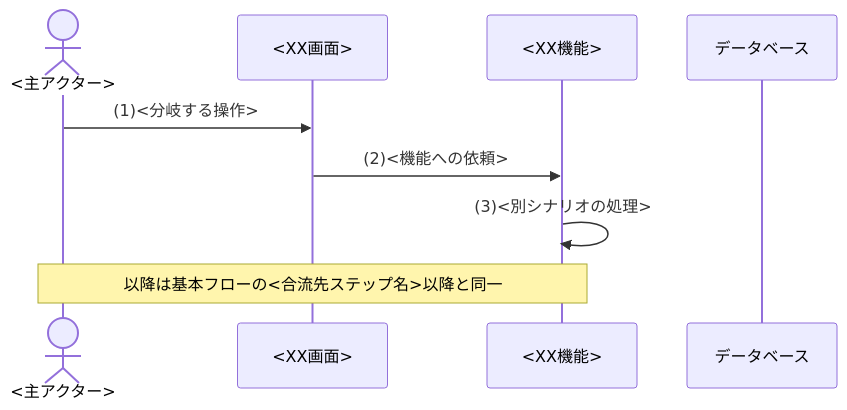
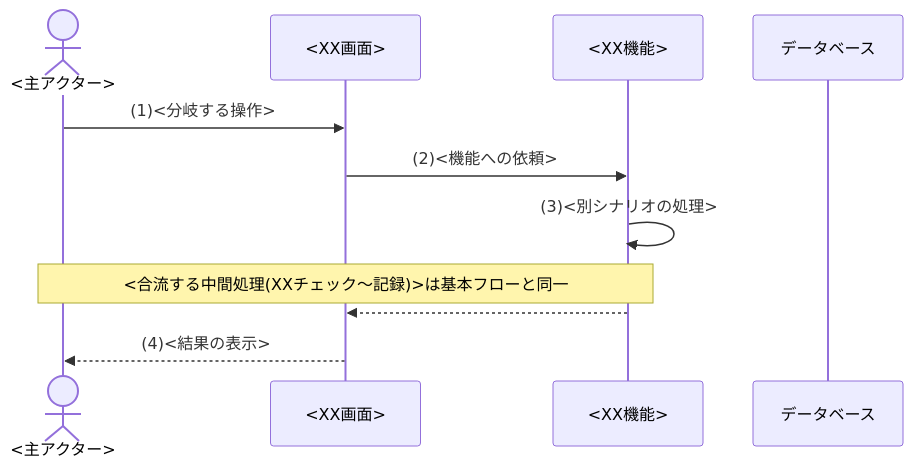
Before and after one commit to sikakou54/system-document-template: the second of 4 diagrams in テンプレート/02_機能要件.md, drawn with Mermaid. The commit also changed other lines of this file and 21 other files, not shown here.

````diff
--- a/テンプレート/02_機能要件.md
+++ b/テンプレート/02_機能要件.md
@@ -183,11 +184,13 @@
 ```mermaid
 sequenceDiagram
     actor U as <主アクター>
     participant SCR as <XX画面>
     participant FUNC as <XX機能>
     participant DB as データベース
     U->>SCR: (1)<分岐する操作>
     SCR->>FUNC: (2)<機能への依頼>
     FUNC->>FUNC: (3)<別シナリオの処理>
-    Note over U,FUNC: 以降は基本フローの<合流先ステップ名>以降と同一
+    Note over U,FUNC: <合流する中間処理(XXチェック〜記録)>は基本フローと同一
+    FUNC-->>SCR:
+    SCR-->>U: (4)<結果の表示>
 ```
````
